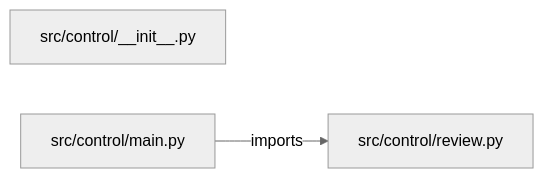
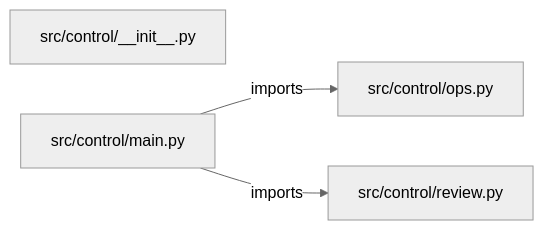
Before and after one commit to iarsingh/enterprise-ai-control-plane: the diagram in PROJECT_ARCHITECTURE.md, drawn with Mermaid (neutral theme). The commit also changed other lines of this file and 2 other files, not shown here.

Commit message:
Refresh architecture and interview guides from current implementation

````diff
--- a/PROJECT_ARCHITECTURE.md
+++ b/PROJECT_ARCHITECTURE.md
@@ -13,7 +13,9 @@
 ```mermaid
 flowchart LR
     M0["src/control/__init__.py"]
     M1["src/control/main.py"]
-    M2["src/control/review.py"]
+    M2["src/control/ops.py"]
+    M3["src/control/review.py"]
     M1 -->|imports| M2
+    M1 -->|imports| M3
 ```
````
